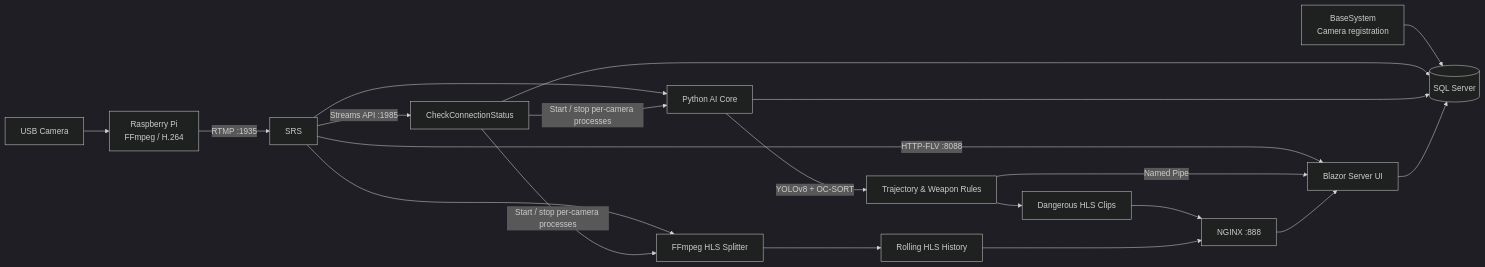
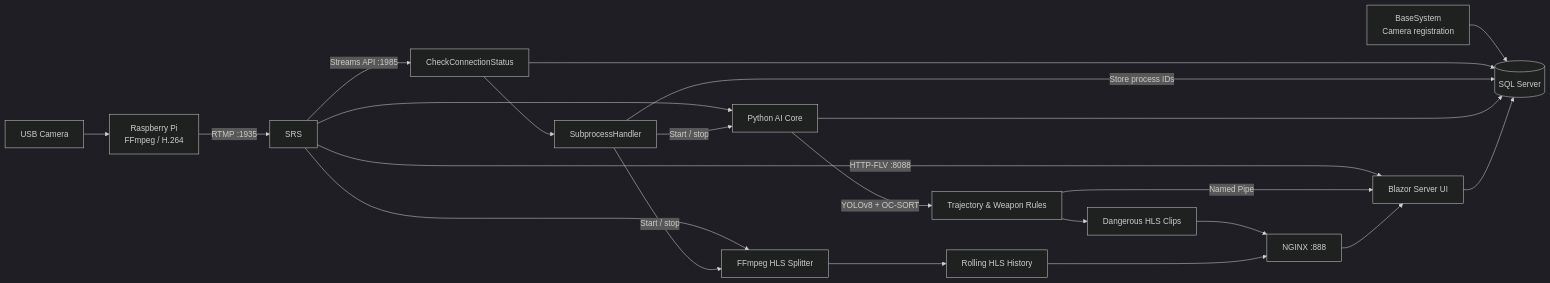
Before and after one commit to timothy-a13/HomeDefender: the diagram in README.md, drawn with Mermaid (dark theme). The commit also changed other lines of this file and 9 other files, not shown here.

Commit message:
Add secure subprocess lifecycle management

````diff
--- a/README.md
+++ b/README.md
@@ -43,27 +43,29 @@
 ```mermaid
 flowchart LR
     Camera["USB Camera"] --> Pi["Raspberry Pi<br/>FFmpeg / H.264"]
     Pi -->|"RTMP :1935"| SRS["SRS"]
 
     SRS -->|"HTTP-FLV :8088"| Web["Blazor Server UI"]
     SRS -->|"Streams API :1985"| Monitor["CheckConnectionStatus"]
     SRS --> AI["Python AI Core"]
     SRS --> Saver["FFmpeg HLS Splitter"]
 
-    Monitor -->|"Start / stop per-camera processes"| AI
-    Monitor -->|"Start / stop per-camera processes"| Saver
+    Monitor --> Lifecycle["SubprocessHandler"]
+    Lifecycle -->|"Start / stop"| AI
+    Lifecycle -->|"Start / stop"| Saver
 
     AI -->|"YOLOv8 + OC-SORT"| Rules["Trajectory & Weapon Rules"]
     Rules -->|"Named Pipe"| Web
     Rules --> Danger["Dangerous HLS Clips"]
     Saver --> History["Rolling HLS History"]
 
     Danger --> NGINX["NGINX :888"]
     History --> NGINX
     NGINX --> Web
 
     Base["BaseSystem<br/>Camera registration"] --> DB[("SQL Server")]
     Monitor --> DB
+    Lifecycle -->|"Store process IDs"| DB
     AI --> DB
     Web --> DB
 ```
````
